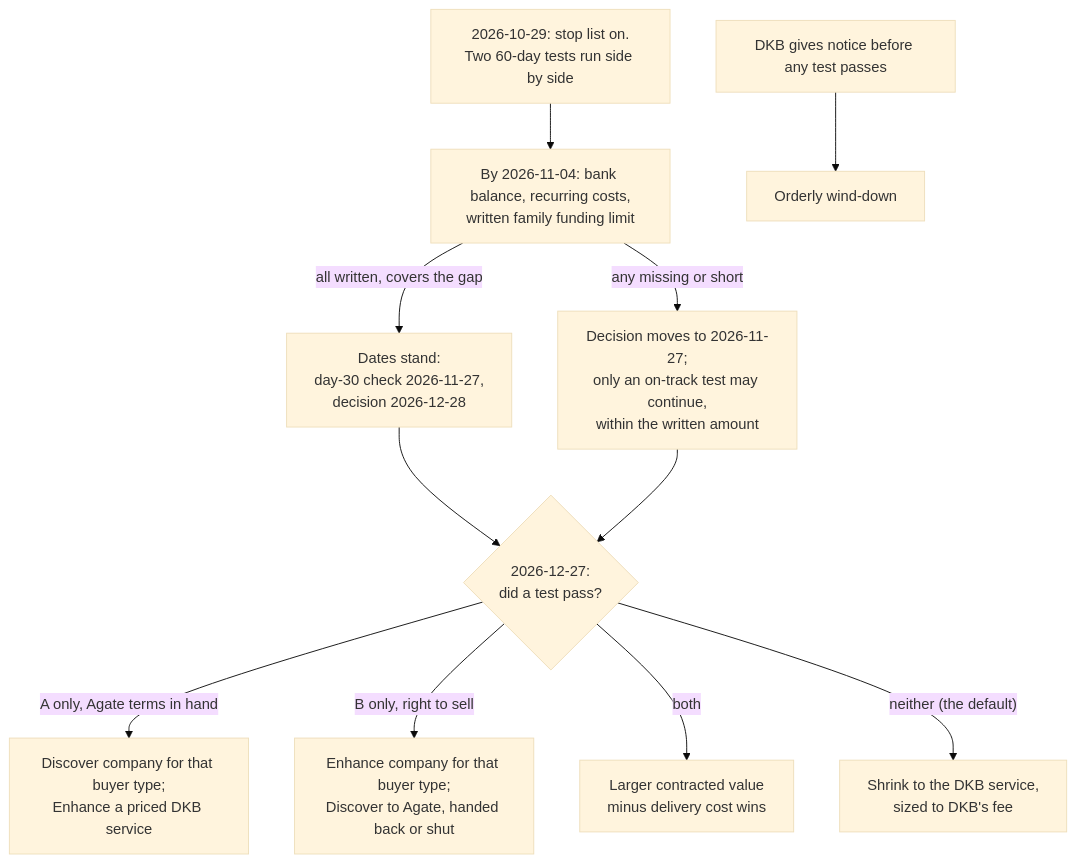
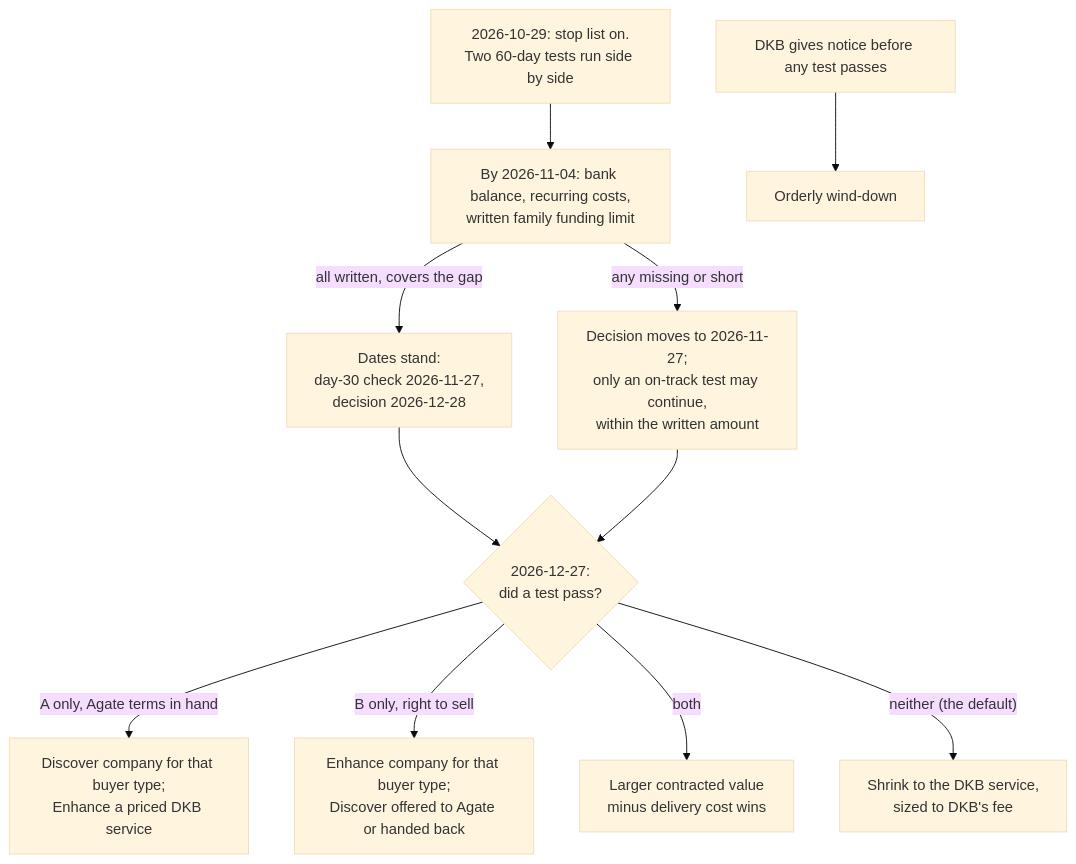
Before and after one commit to gregorykurnia/deus-evaluation: the second of 2 diagrams in outputs/10-DEUS-strategic-analysis.md, drawn with Mermaid (base theme). The commit also changed other lines of this file and 3 other files, not shown here.

First line of the commit message:
R3: Phase 3 review; source references restored in 10, one diagram label fixed; doc sources added

````diff
--- a/outputs/10-DEUS-strategic-analysis.md
+++ b/outputs/10-DEUS-strategic-analysis.md
@@ -822,13 +822,13 @@
 ```mermaid
 flowchart TB
     A["2026-10-29: stop list on.<br/>Two 60-day tests run side by side"] --> B["By 2026-11-04: bank balance, recurring costs,<br/>written family funding limit"]
     B -->|"all written, covers the gap"| C["Dates stand:<br/>day-30 check 2026-11-27,<br/>decision 2026-12-28"]
     B -->|"any missing or short"| D["Decision moves to 2026-11-27;<br/>only an on-track test may continue,<br/>within the written amount"]
     C --> E{"2026-12-27:<br/>did a test pass?"}
     D --> E
     E -->|"A only, Agate terms in hand"| F["Discover company for that buyer type;<br/>Enhance a priced DKB service"]
-    E -->|"B only, right to sell"| G["Enhance company for that buyer type;<br/>Discover to Agate, handed back or shut"]
+    E -->|"B only, right to sell"| G["Enhance company for that buyer type;<br/>Discover offered to Agate or handed back"]
     E -->|"both"| H["Larger contracted value<br/>minus delivery cost wins"]
     E -->|"neither (the default)"| I["Shrink to the DKB service,<br/>sized to DKB's fee"]
     J["DKB gives notice before any test passes"] --> K["Orderly wind-down"]
 ```
````
